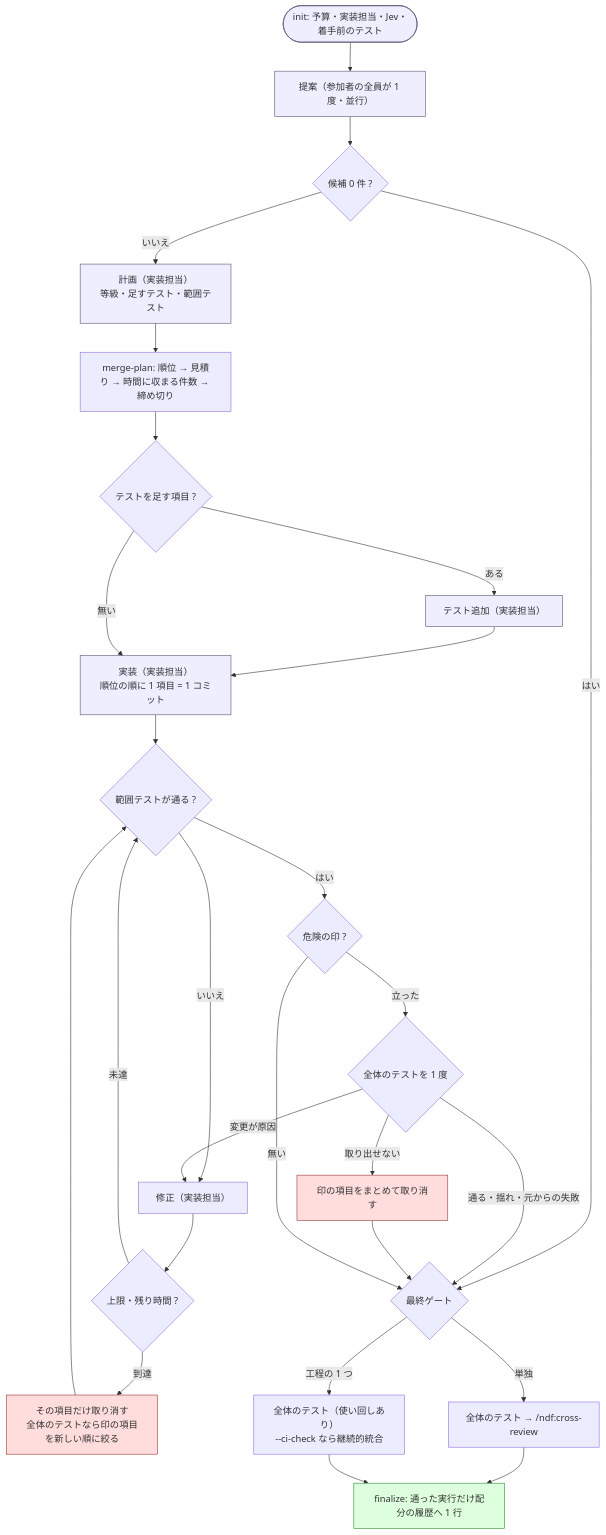
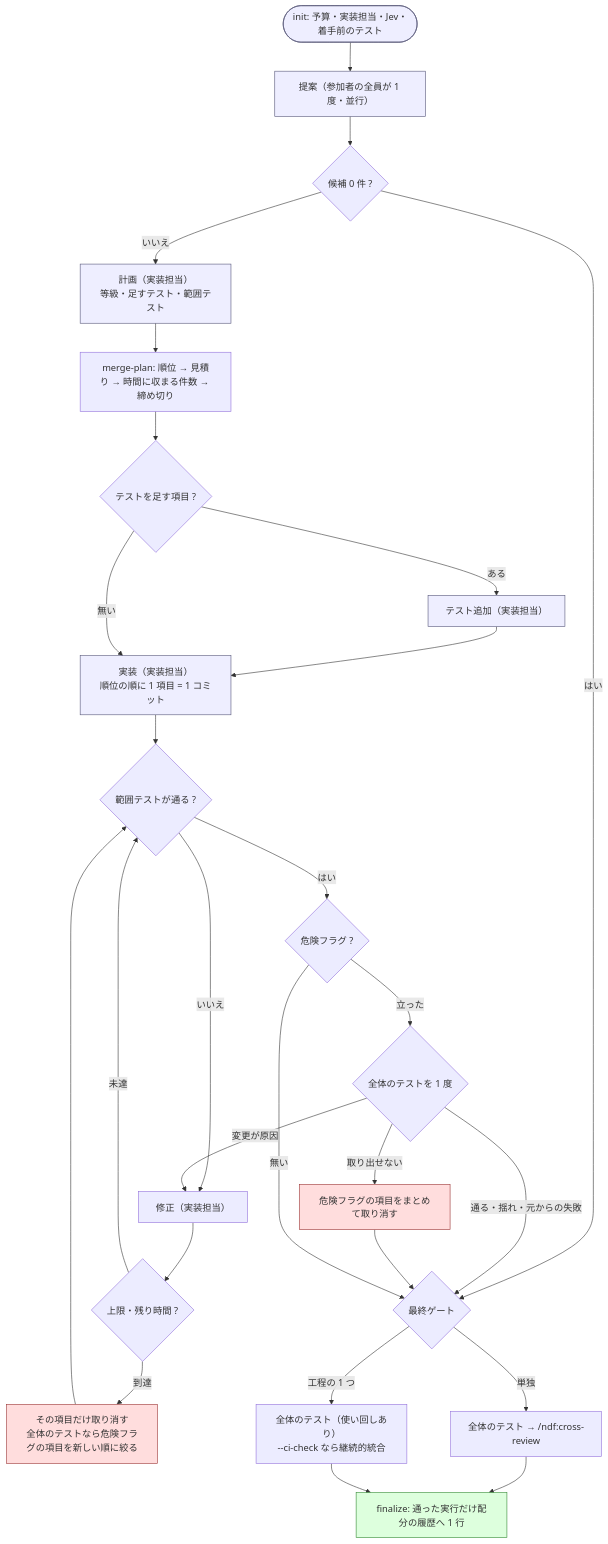
Before and after one commit to devbasex/ai-plugins: the diagram in plugins/ndf/skills/cross-refactoring/SKILL.md, drawn with Mermaid. The commit also changed other lines of this file and 120 other files, not shown here.

First line of the commit message:
Refactor: 印を合図・承認ラベル・危険フラグ・目印へ分ける（#1107）

````diff
--- a/plugins/ndf/skills/cross-refactoring/SKILL.md
+++ b/plugins/ndf/skills/cross-refactoring/SKILL.md
@@ -122,29 +122,29 @@
 ```mermaid
 flowchart TD
     Init([init: 予算・実装担当・Jev・着手前のテスト]):::phase --> P
     P["提案（参加者の全員が 1 度・並行）"]:::phase --> MP{"候補 0 件 ?"}
     MP -->|はい| Gate
     MP -->|いいえ| Plan["計画（実装担当）<br/>等級・足すテスト・範囲テスト"]:::phase
     Plan --> Sel["merge-plan: 順位 → 見積り → 時間に収まる件数 → 締め切り"]
     Sel --> T{"テストを足す項目 ?"}
     T -->|ある| AT["テスト追加（実装担当）"]:::phase --> Impl
     T -->|無い| Impl["実装（実装担当）<br/>順位の順に 1 項目 = 1 コミット"]:::phase
     Impl --> V{"範囲テストが通る ?"}
     V -->|いいえ| Fix["修正（実装担当）"] --> Cap{"上限・残り時間 ?"}
     Cap -->|未達| V
-    Cap -->|到達| Drop["その項目だけ取り消す<br/>全体のテストなら印の項目を新しい順に絞る"]:::stop --> V
-    V -->|はい| D{"危険の印 ?"}
+    Cap -->|到達| Drop["その項目だけ取り消す<br/>全体のテストなら危険フラグの項目を新しい順に絞る"]:::stop --> V
+    V -->|はい| D{"危険フラグ ?"}
     D -->|立った| W{"全体のテストを 1 度"}
     W -->|通る・揺れ・元からの失敗| Gate
     W -->|変更が原因| Fix
-    W -->|取り出せない| DropAll["印の項目をまとめて取り消す"]:::stop --> Gate
+    W -->|取り出せない| DropAll["危険フラグの項目をまとめて取り消す"]:::stop --> Gate
     D -->|無い| Gate{"最終ゲート"}
     Gate -->|単独| CR["全体のテスト → /ndf:cross-review"]
     Gate -->|工程の 1 つ| Whole["全体のテスト（使い回しあり）<br/>--ci-check なら継続的統合"]
     CR --> Fin["finalize: 通った実行だけ配分の履歴へ 1 行"]:::ok
     Whole --> Fin
 
     classDef phase fill:#eef,stroke:#557
     classDef ok fill:#dfd,stroke:#383
     classDef stop fill:#fdd,stroke:#933
 ```
````
